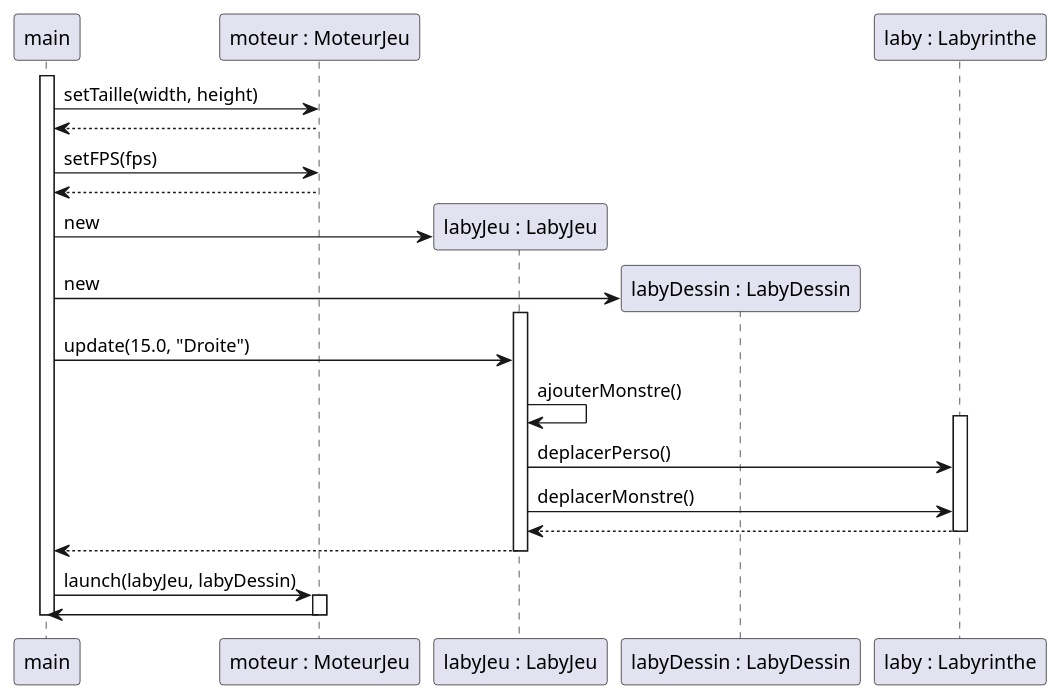
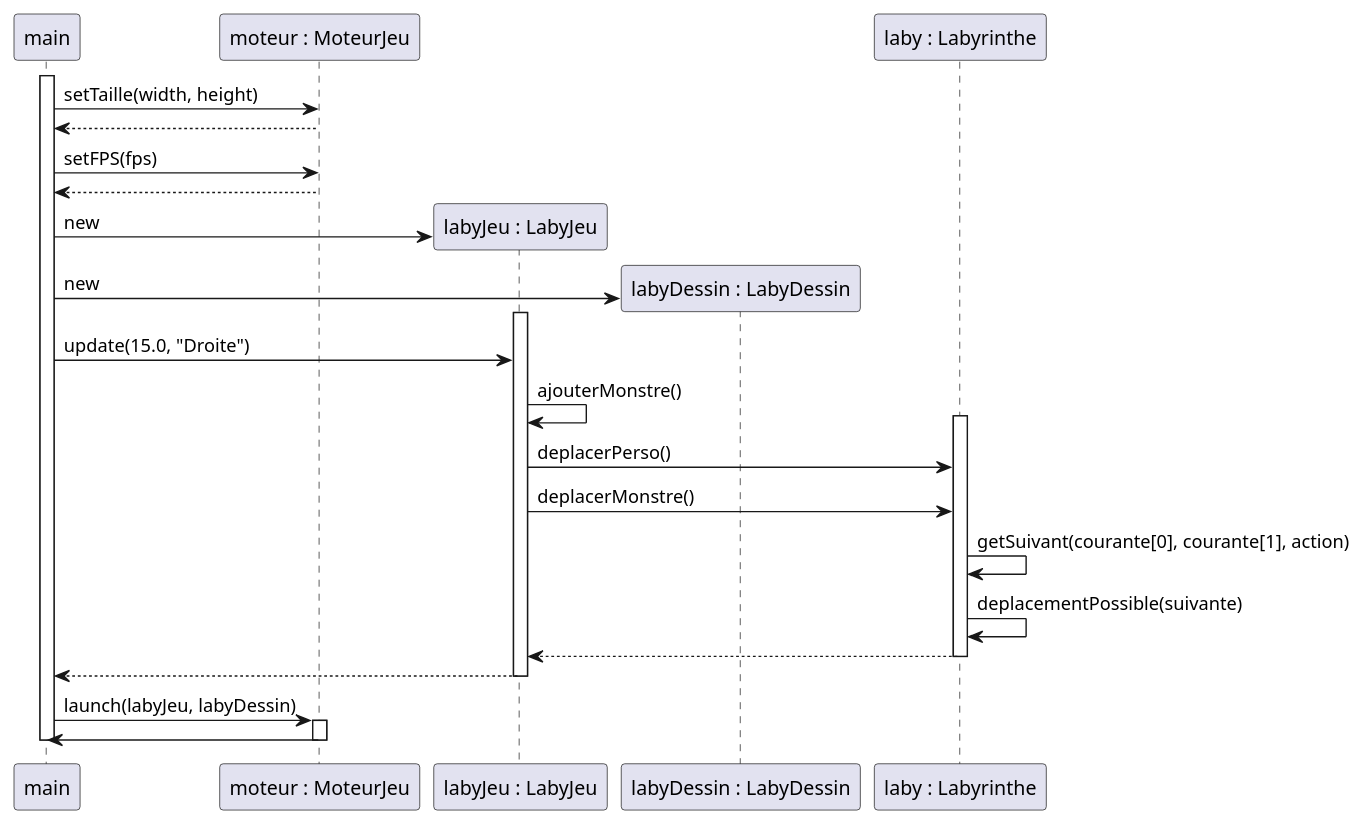
The diagram in documents/version_3/DiagrammeSeqDeplacementAleaMonstre.puml (Zhi-Sheng-Trieu/2022_Zeldiablo_Doan_Oudin_Trieu_Noel), drawn with PlantUML before and after one commit.

Commit message:
diag seq dep monstre

```diff
--- a/documents/version_3/DiagrammeSeqDeplacementAleaMonstre.puml
+++ b/documents/version_3/DiagrammeSeqDeplacementAleaMonstre.puml
@@ -1,38 +1,40 @@
 @startuml
 participant "main" as main
 participant "moteur : MoteurJeu" as moteur
 participant "labyJeu : LabyJeu" as labyJeu
 participant "labyDessin : LabyDessin" as labyDessin
 participant "laby : Labyrinthe" as laby
 
 
 activate main
     main -> moteur : setTaille(width, height)
     moteur --> main
     main -> moteur : setFPS(fps)
     moteur --> main
     create labyJeu
     main -> labyJeu : new
     create labyDessin
     main -> labyDessin : new
 
     activate labyJeu
         main -> labyJeu : update(15.0, "Droite")
         labyJeu -> labyJeu : ajouterMonstre()
         activate laby
             labyJeu -> laby : deplacerPerso()
             labyJeu -> laby : deplacerMonstre()
+            laby -> laby : getSuivant(courante[0], courante[1], action)
+            laby -> laby : deplacementPossible(suivante)
             laby --> labyJeu
         deactivate laby
 
     labyJeu --> main
     deactivate labyJeu
 
     main -> moteur : launch(labyJeu, labyDessin)
     activate moteur
     moteur -> main
     deactivate moteur
 
 deactivate main
 
 @enduml
```
